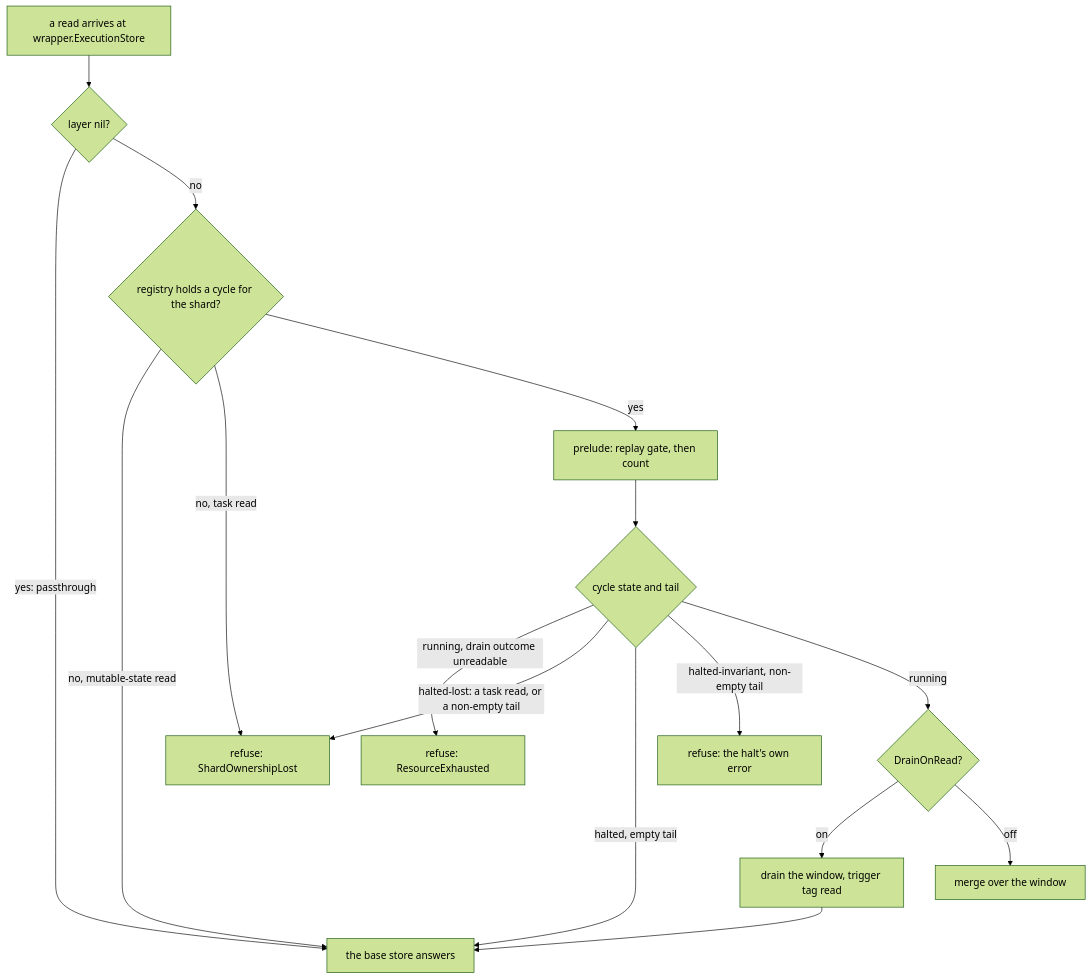
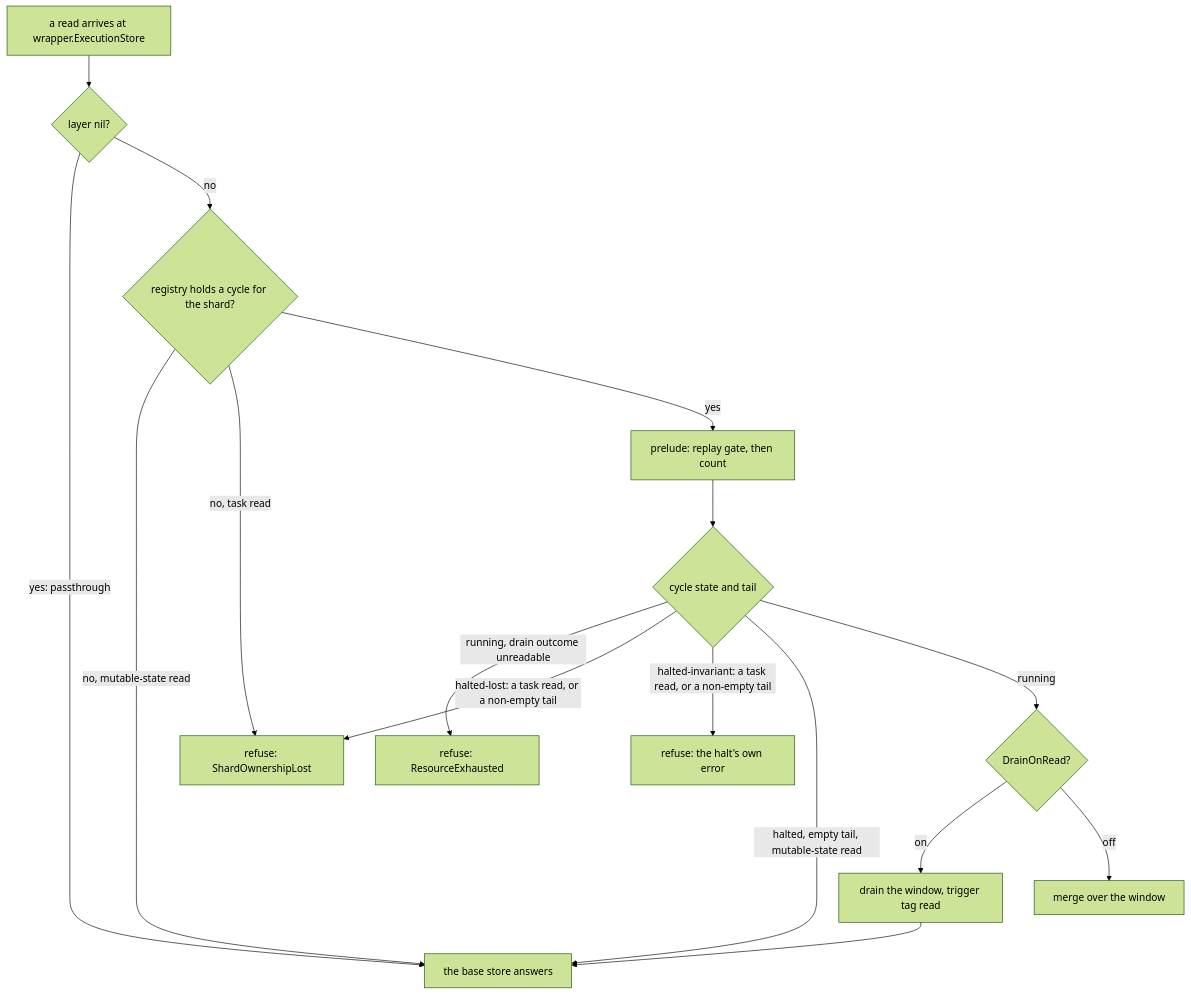
The first of 4 diagrams in docs/handbook/07-read-path.md (aromanovich/waltz), drawn with Mermaid (forest theme) before and after one commit. The commit also changed other lines of this file and 5 other files, not shown here.

````diff
--- a/docs/handbook/07-read-path.md
+++ b/docs/handbook/07-read-path.md
@@ -129,18 +129,18 @@
 ```mermaid
 flowchart TD
     A["a read arrives at wrapper.ExecutionStore"] --> B{"layer nil?"}
     B -->|"yes: passthrough"| Z["the base store answers"]
     B -->|"no"| C{"registry holds a cycle for the shard?"}
     C -->|"no, mutable-state read"| Z
     C -->|"no, task read"| L["refuse: ShardOwnershipLost"]
     C -->|"yes"| D["prelude: replay gate, then count"]
     D --> E{"cycle state and tail"}
     E -->|"running, drain outcome unreadable"| R["refuse: ResourceExhausted"]
     E -->|"halted-lost: a task read, or a non-empty tail"| L
-    E -->|"halted, empty tail"| Z
-    E -->|"halted-invariant, non-empty tail"| H["refuse: the halt's own error"]
+    E -->|"halted-invariant: a task read, or a non-empty tail"| H["refuse: the halt's own error"]
+    E -->|"halted, empty tail, mutable-state read"| Z
     E -->|"running"| F{"DrainOnRead?"}
     F -->|"on"| G["drain the window, trigger tag read"]
     G --> Z
     F -->|"off"| M["merge over the window"]
 ```
````
